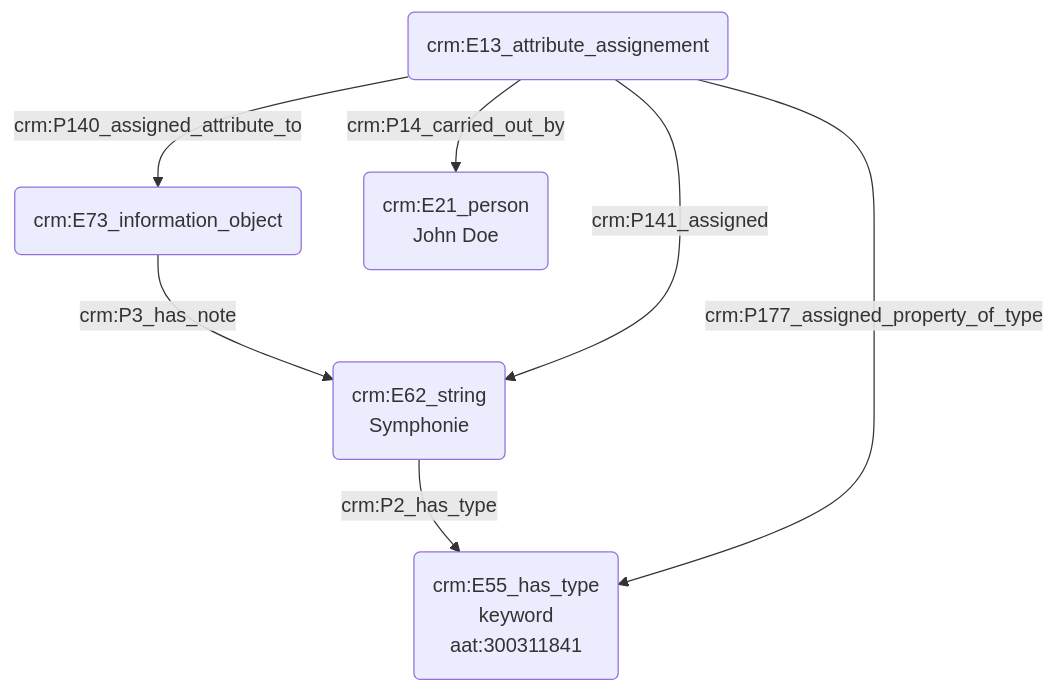
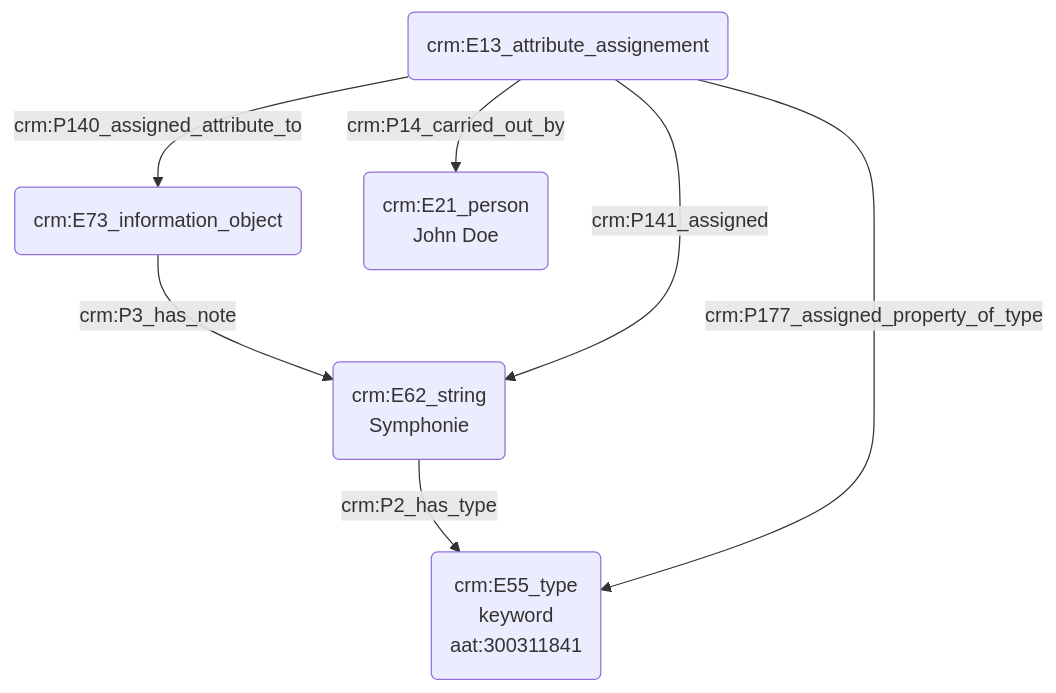
Before and after one commit to Amleth/consortium-musica2-gt2-ontologies: the diagram in modules/livrables/Dossier 2/Indexation conceptuelle/indexation d'une source avec un mot-clé.md, drawn with Mermaid.

Commit message:
Update indexation d'une source avec un mot-clé.md

````diff
--- a/modules/livrables/Dossier 2/Indexation conceptuelle/indexation d'une source avec un mot-clé.md
+++ b/modules/livrables/Dossier 2/Indexation conceptuelle/indexation d'une source avec un mot-clé.md
@@ -17,12 +17,12 @@
 ```mermaid
 graph TD;
 
 A(crm:E73_information_object) --> |crm:P3_has_note| B(crm:E62_string<br>Symphonie)
-B(crm:E62_string<br>Symphonie) --> |crm:P2_has_type| C(crm:E55_has_type<br>keyword<br>aat:300311841)
+B(crm:E62_string<br>Symphonie) --> |crm:P2_has_type| C(crm:E55_type<br>keyword<br>aat:300311841)
 
 D(crm:E13_attribute_assignement) --> |crm:P140_assigned_attribute_to| A(crm:E73_information_object)
 D(crm:E13_attribute_assignement) --> |crm:P141_assigned| B(crm:E62_string<br>Symphonie)
-D(crm:E13_attribute_assignement) --> |crm:P177_assigned_property_of_type| C(crm:E55_has_type<br>keyword<br>aat:300311841)
+D(crm:E13_attribute_assignement) --> |crm:P177_assigned_property_of_type| C(crm:E55_type<br>keyword<br>aat:300311841)
 D(crm:E13_attribute_assignement) --> |crm:P14_carried_out_by| F(crm:E21_person<br>John Doe)
 
 ```
````
